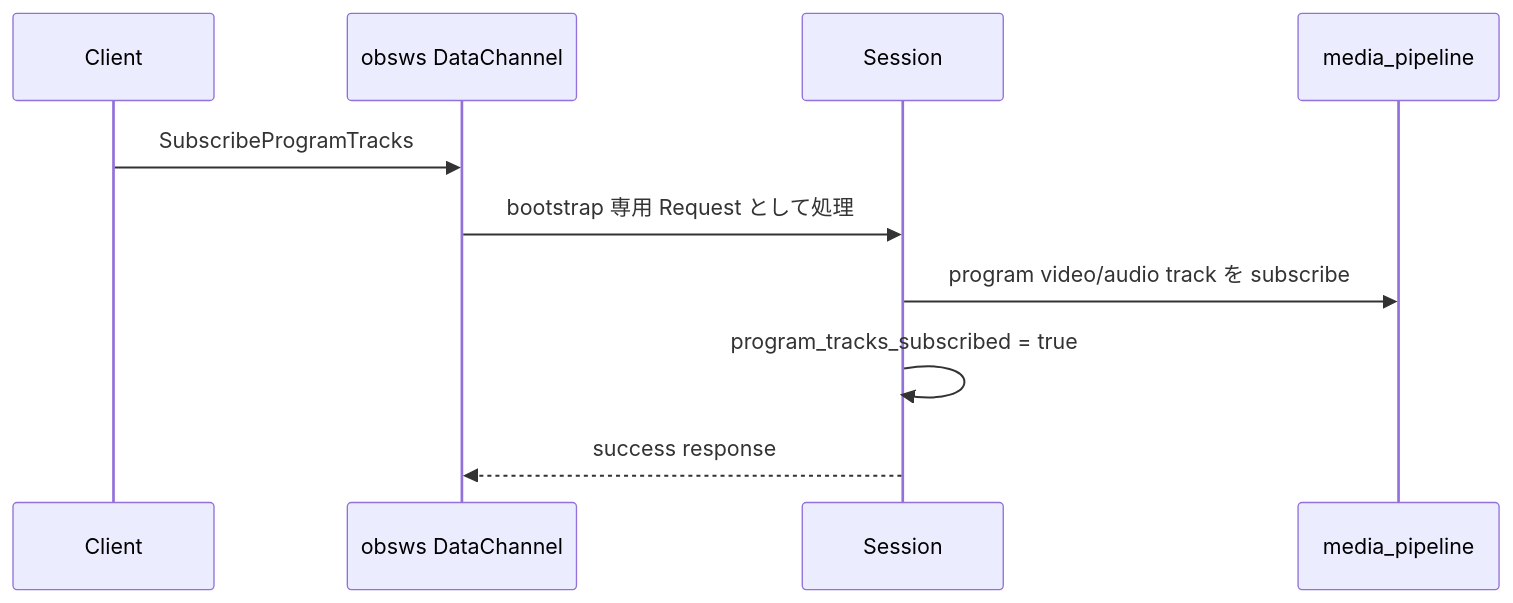
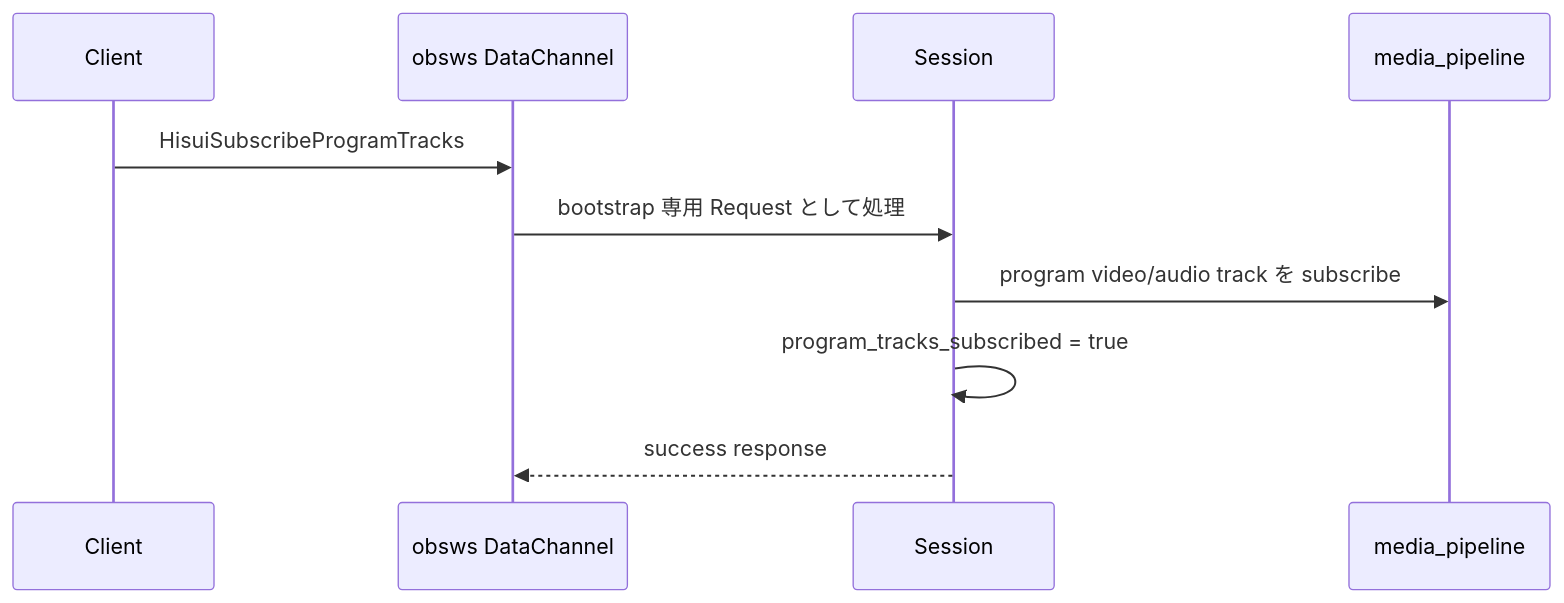
One commit to shiguredo/hisui changed the third of 3 diagrams in docs/internals/bootstrap.md. Above: the diagram before and after it, drawn with Mermaid. The commit also changed other lines of this file and 15 other files, not shown here.

````diff
--- a/docs/internals/bootstrap.md
+++ b/docs/internals/bootstrap.md
@@ -217,13 +217,13 @@
 ```mermaid
 sequenceDiagram
     participant Client as Client
     participant ObswsDc as obsws DataChannel
     participant Session as Session
     participant Pipeline as media_pipeline
 
-    Client->>ObswsDc: SubscribeProgramTracks
+    Client->>ObswsDc: HisuiSubscribeProgramTracks
     ObswsDc->>Session: bootstrap 専用 Request として処理
     Session->>Pipeline: program video/audio track を subscribe
     Session->>Session: program_tracks_subscribed = true
     Session-->>ObswsDc: success response
 ```
````
